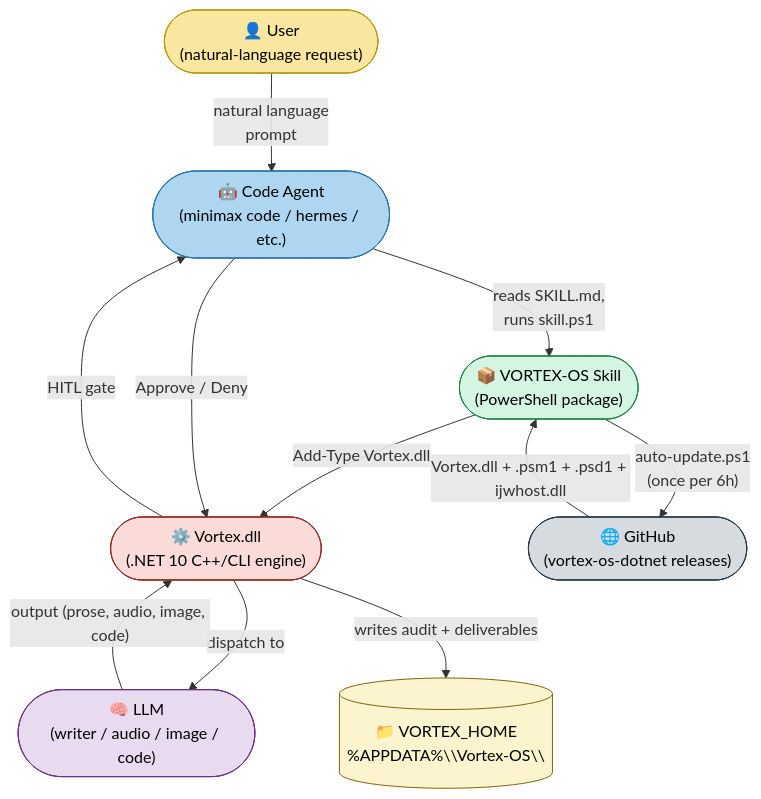
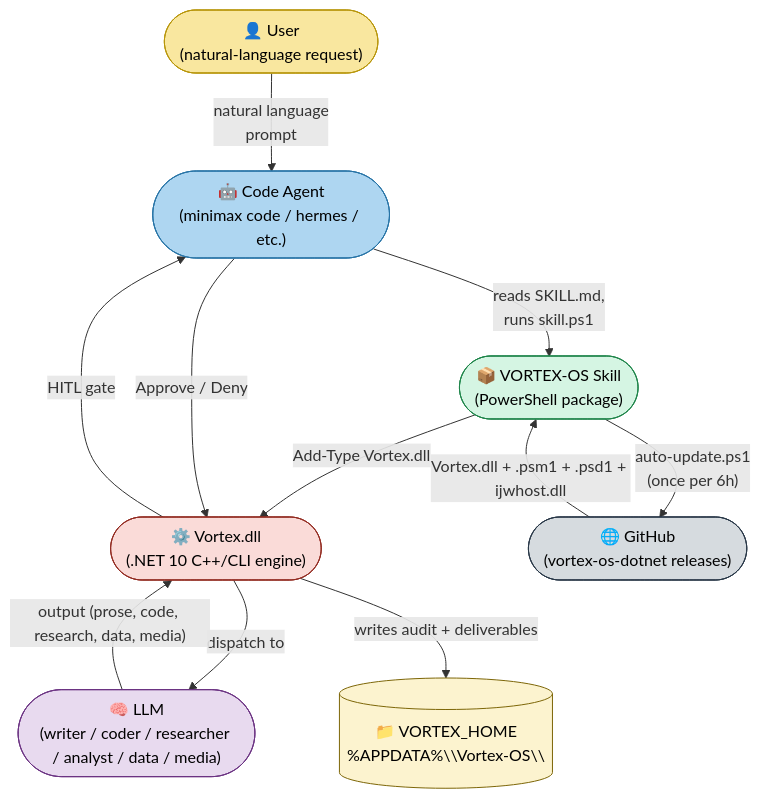
The first of 8 diagrams in references/architecture.md (Cloudmeru/vortex-os-skill), drawn with Mermaid before and after one commit. The commit also changed other lines of this file and 14 other files, not shown here.

````diff
--- a/references/architecture.md
+++ b/references/architecture.md
@@ -13,37 +13,37 @@
 ```mermaid
 flowchart TB
     User(["👤 User<br/>(natural-language request)"])
     Agent(["🤖 Code Agent<br/>(minimax code / hermes / etc.)"])
     Skill(["📦 VORTEX-OS Skill<br/>(PowerShell package)"])
     Engine(["⚙️ Vortex.dll<br/>(.NET 10 C++/CLI engine)"])
-    LLM(["🧠 LLM<br/>(writer / audio / image / code)"])
+    LLM(["🧠 LLM<br/>(writer / coder / researcher / analyst / data / media)"])
     State[("📁 VORTEX_HOME<br/>%APPDATA%\\Vortex-OS\\")]
     GitHub(["🌐 GitHub<br/>(vortex-os-dotnet releases)"])
 
     User -->|"natural language<br/>prompt"| Agent
     Agent -->|"reads SKILL.md,<br/>runs skill.ps1"| Skill
     Skill -->|"auto-update.ps1<br/>(once per 6h)"| GitHub
     GitHub -->|"Vortex.dll + .psm1 + .psd1 + ijwhost.dll"| Skill
     Skill -->|"Add-Type Vortex.dll"| Engine
     Engine -->|"dispatch to"| LLM
-    LLM -->|"output (prose, audio, image, code)"| Engine
+    LLM -->|"output (prose, code, research, data, media)"| Engine
     Engine -->|"writes audit + deliverables"| State
     Engine -->|"HITL gate"| Agent
     Agent -->|"Approve / Deny"| Engine
 
     classDef user fill:#f9e79f,stroke:#b7950b,color:#000
     classDef agent fill:#aed6f1,stroke:#2874a6,color:#000
     classDef skill fill:#d5f5e3,stroke:#1e8449,color:#000
     classDef engine fill:#fadbd8,stroke:#922b21,color:#000
     classDef llm fill:#e8daef,stroke:#6c3483,color:#000
     classDef state fill:#fcf3cf,stroke:#7d6608,color:#000
     classDef github fill:#d6dbdf,stroke:#283747,color:#000
 
     class User user
     class Agent agent
     class Skill skill
     class Engine engine
     class LLM llm
     class State state
     class GitHub github
 ```
````
